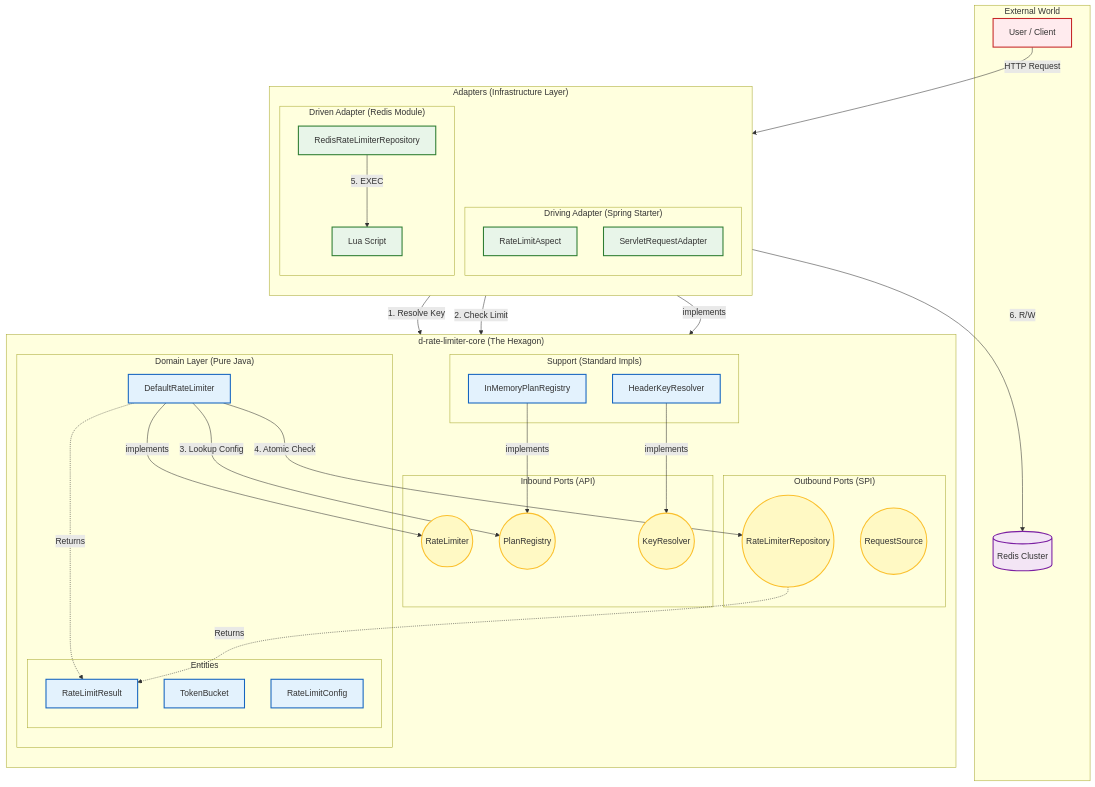
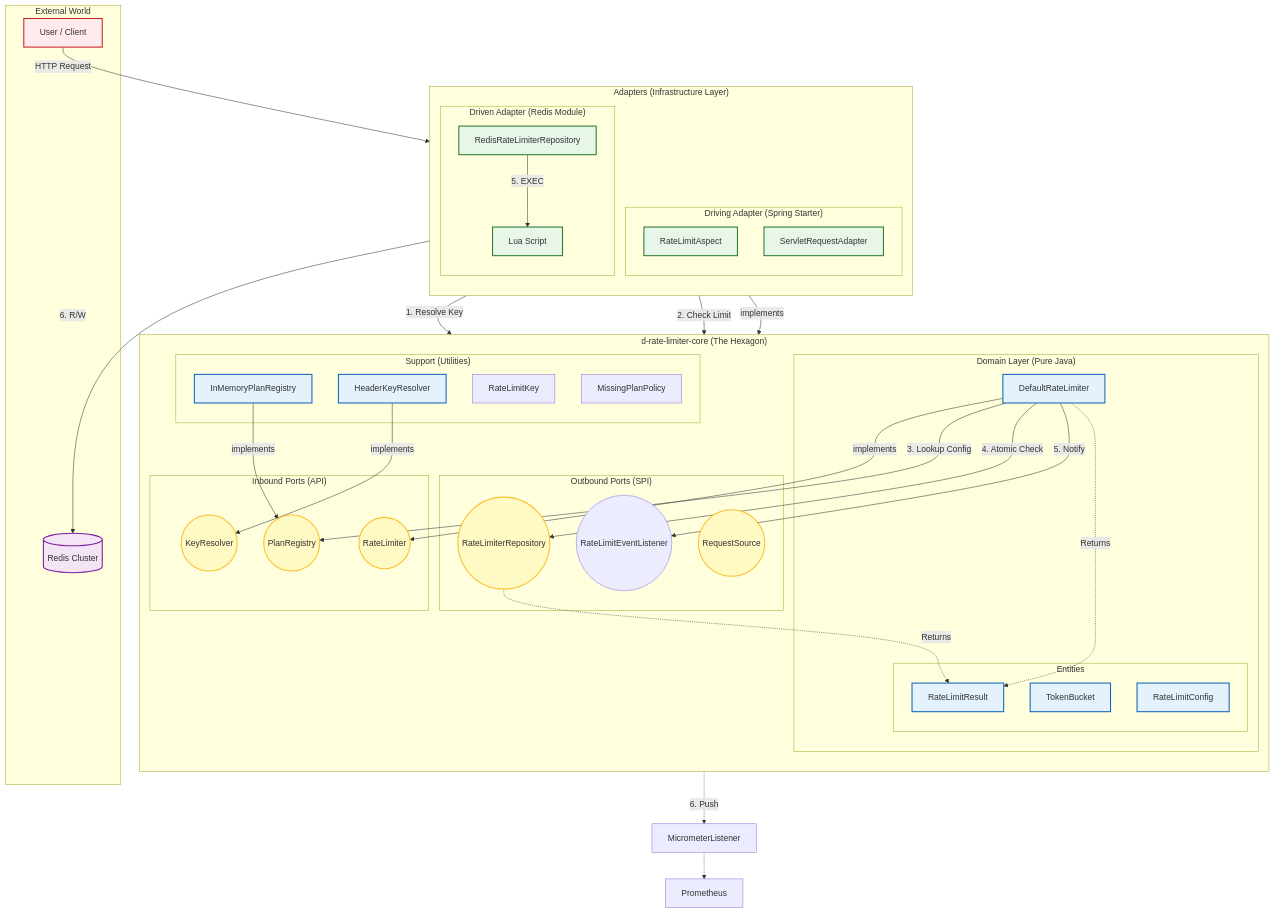
Before and after one commit to lokeshpusarla100/rate-limiter: the first of 4 diagrams in docs/context/design.md, drawn with Mermaid. The commit also changed other lines of this file and 18 other files, not shown here.

Commit message:
Enhance rate limiting logic with MissingPlanPolicy and event listener integration for observability

```diff
--- a/docs/context/design.md
+++ b/docs/context/design.md
@@ -60,11 +60,14 @@
         subgraph "Outbound Ports (SPI)"
             RepoPort((RateLimiterRepository))
             SourcePort((RequestSource))
+            EventPort((RateLimitEventListener))
         end
 
-        subgraph "Support (Standard Impls)"
+        subgraph "Support (Utilities)"
             MemRegistry[InMemoryPlanRegistry]
             HeaderKey[HeaderKeyResolver]
+            KeyBuilder[RateLimitKey]
+            Policy[MissingPlanPolicy]
         end
     end
 
@@ -79,6 +82,11 @@
     Service -- implements --> RateLimiterPort
     Service -->|3. Lookup Config| RegistryPort
     Service -->|4. Atomic Check| RepoPort
+    Service -->|5. Notify| EventPort
+    
+    %% Observability Flow
+    EventPort -.->|6. Push| Metrics[MicrometerListener]
+    Metrics -.-> Prometheus[Prometheus]
     
     %% Data Flow
     RepoPort -.->|Returns| Result
```
